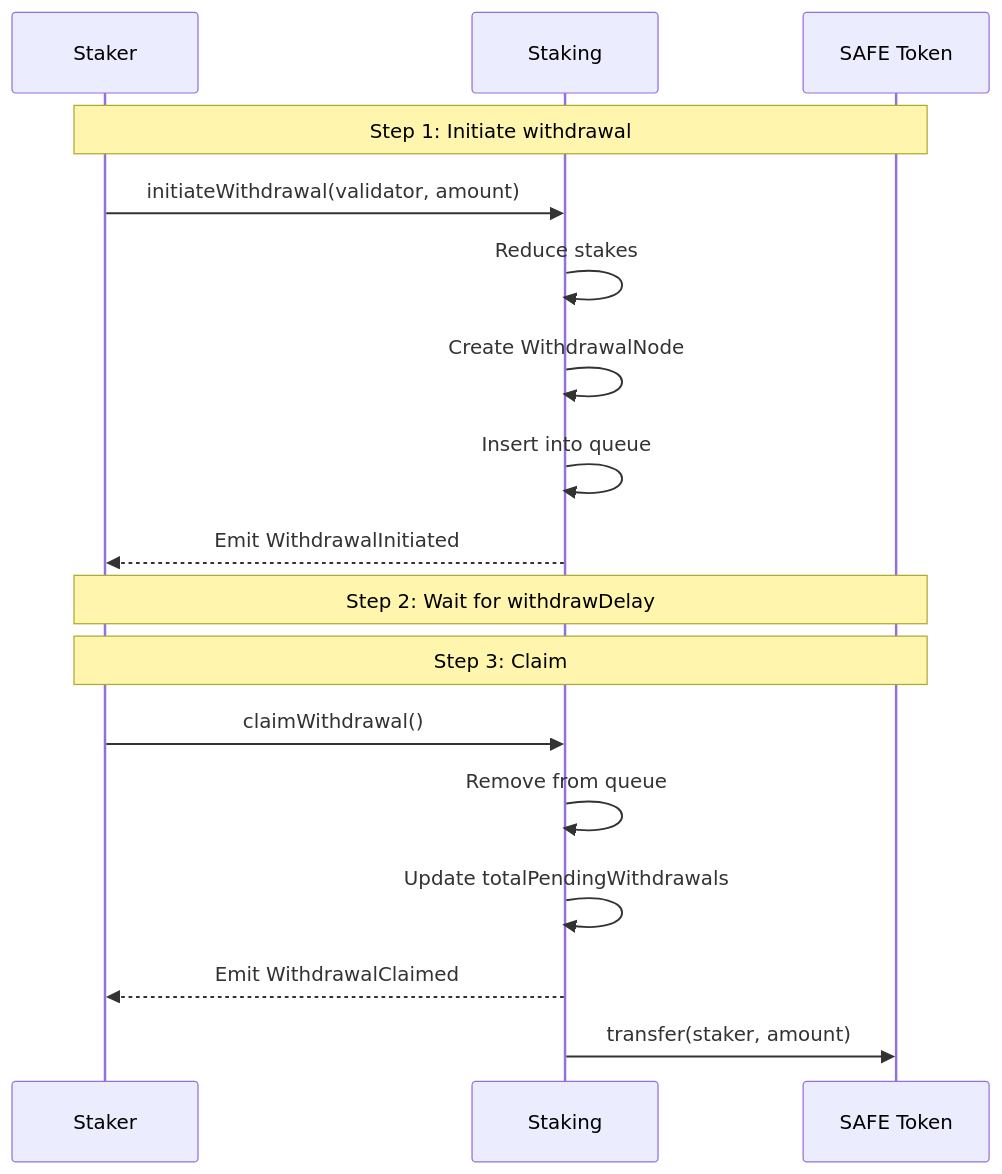
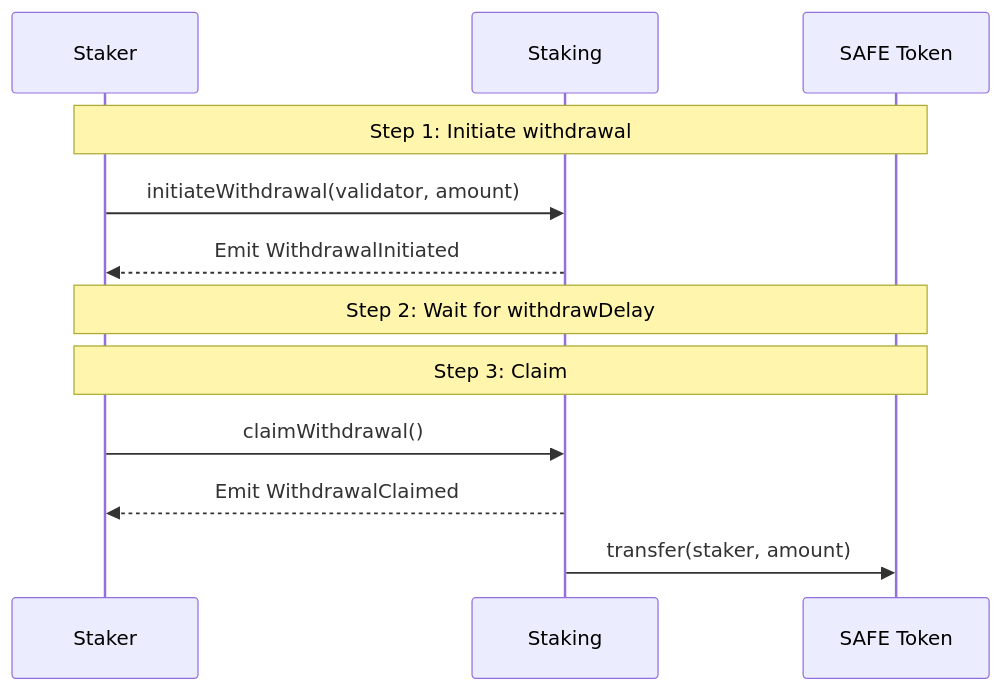
One commit to safe-fndn/safe-docs changed the second of 3 diagrams in safenet/protocol/staking.md. Above: the diagram before and after it, drawn with Mermaid. The commit also changed other lines of this file and 4 other files, not shown here.

````diff
--- a/safenet/protocol/staking.md
+++ b/safenet/protocol/staking.md
@@ -61,22 +57,17 @@
 ```mermaid
 sequenceDiagram
     participant Staker
     participant Staking
     participant SAFE Token
     
     Note over Staker,SAFE Token: Step 1: Initiate withdrawal
     Staker->>Staking: initiateWithdrawal(validator, amount)
-    Staking->>Staking: Reduce stakes
-    Staking->>Staking: Create WithdrawalNode
-    Staking->>Staking: Insert into queue
     Staking-->>Staker: Emit WithdrawalInitiated
     
     Note over Staker,SAFE Token: Step 2: Wait for withdrawDelay
     
     Note over Staker,SAFE Token: Step 3: Claim
     Staker->>Staking: claimWithdrawal()
-    Staking->>Staking: Remove from queue
-    Staking->>Staking: Update totalPendingWithdrawals
     Staking-->>Staker: Emit WithdrawalClaimed
     Staking->>SAFE Token: transfer(staker, amount)
 ```
````
